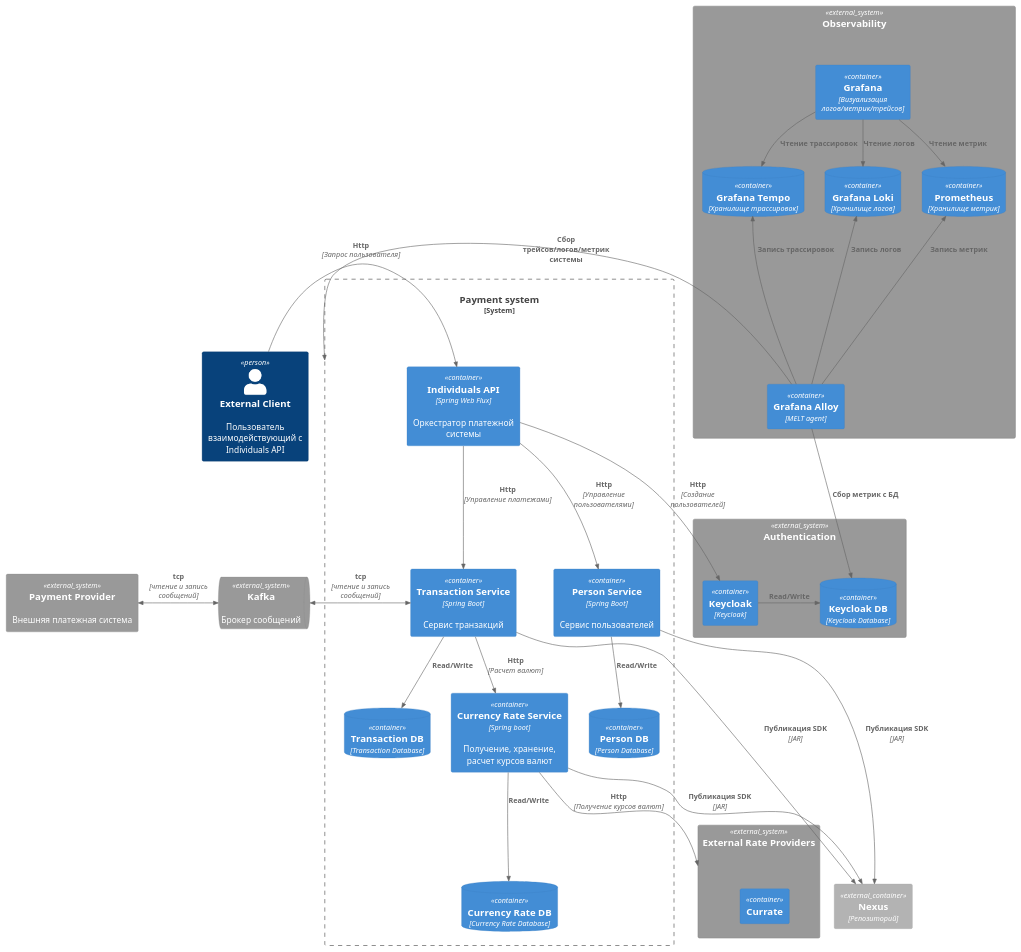
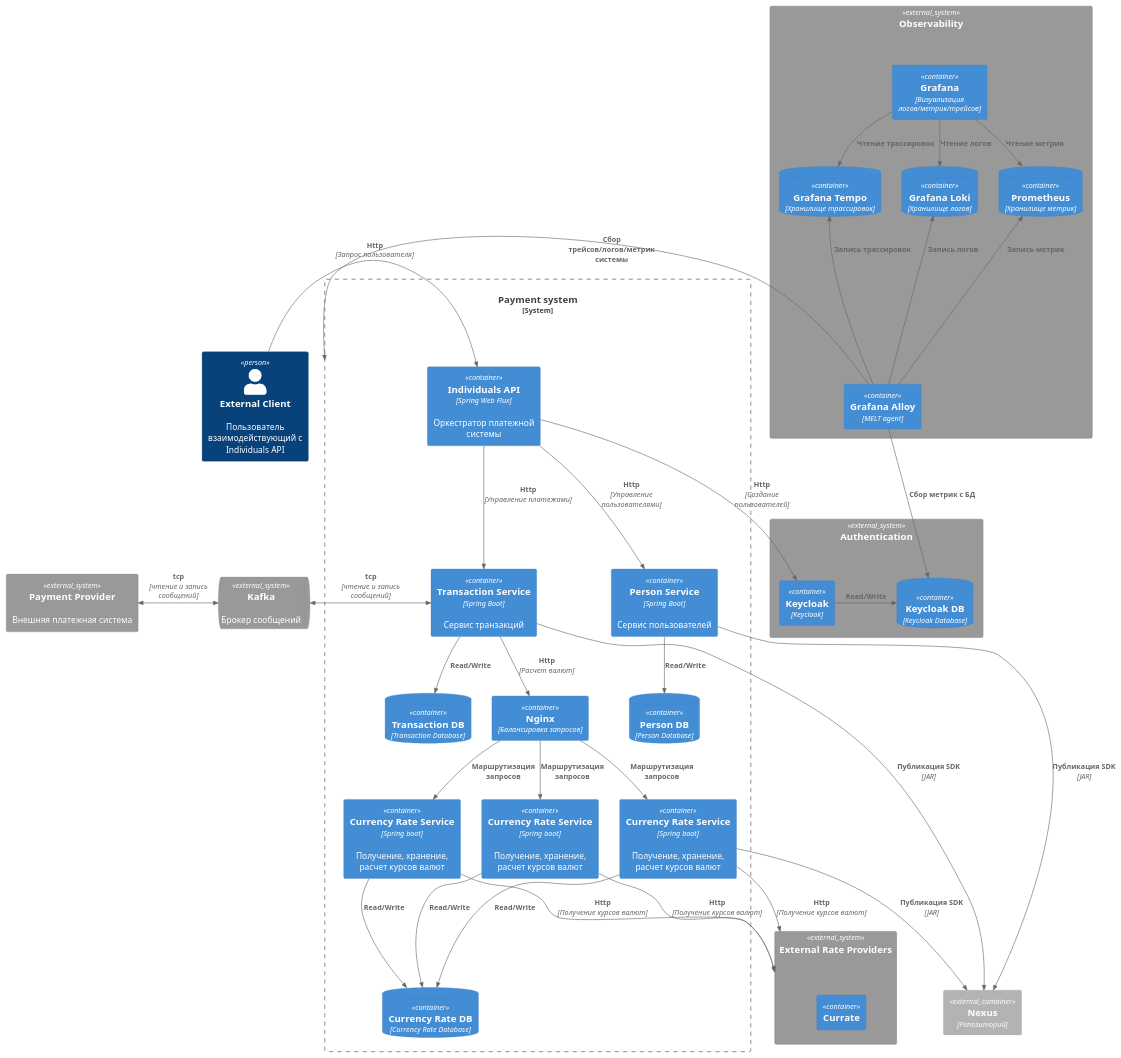
The diagram in diagram/container.puml (diamam90/payment-system), drawn with PlantUML before and after one commit. The commit also changed 32 other files, not shown here.

```diff
--- a/diagram/container.puml
+++ b/diagram/container.puml
@@ -1,74 +1,85 @@
 @startuml
 !includeurl https://raw.githubusercontent.com/plantuml-stdlib/C4-PlantUML/master/C4_Container.puml
 
 Person(client, "External Client","Пользователь взаимодействующий с Individuals API")
 
 System_Boundary(payment, "Payment system") {
 
     Container(indApi, "Individuals API", "Spring Web Flux","Оркестратор платежной системы")
 
     Container(ps, "Person Service", "Spring Boot", "Сервис пользователей")
     ContainerDb(psDb, "Person DB", "Person Database")
 
     Container(ts, "Transaction Service", "Spring Boot", "Сервис транзакций")
     ContainerDb(tsDb, "Transaction DB", "Transaction Database")
-    Container(crs, "Currency Rate Service", "Spring boot", "Получение, хранение, расчет курсов валют")
+    Container(ngnx, "Nginx", "Балансировка запросов")
+    Container(crs1, "Currency Rate Service", "Spring boot", "Получение, хранение, расчет курсов валют")
+    Container(crs2, "Currency Rate Service", "Spring boot", "Получение, хранение, расчет курсов валют")
+    Container(crs3, "Currency Rate Service", "Spring boot", "Получение, хранение, расчет курсов валют")
+
     ContainerDb(crsDb, "Currency Rate DB", "Currency Rate Database")
 }
 
 System_Ext(auth, "Authentication"){
     Container(kc, "Keycloak", "Keycloak")
     ContainerDb(kcDb, "Keycloak DB", "Keycloak Database")
 }
 
 System_Ext(obs, "Observability") {
     Container(alloy, "Grafana Alloy", "MELT agent")
     Container(grafana,  "Grafana", "Визуализация логов/метрик/трейсов")
     ContainerDb(prometheus, "Prometheus", "Хранилище метрик")
     ContainerDb(loki, "Grafana Loki", "Хранилище логов")
     ContainerDb(tempo, "Grafana Tempo","Хранилище трассировок")
 }
 
 System_Ext(rateProvider, "External Rate Providers") {
     Container(currate, "Currate")
 }
 
 System_Ext(paymentProvider, "Payment Provider", "Внешняя платежная система")
 
 Container_Ext(nexus,"Nexus","Репозиторий")
 
 SystemQueue_Ext(kafka, "Kafka", "Брокер сообщений")
 
 Rel_R(client, indApi,"Http","Запрос пользователя")
 
 Rel_D(indApi, ps,"Http", "Управление пользователями")
 Rel_D(ps,psDb, "Read/Write")
-Rel_D(ts,crs, "Http","Расчет валют")
-Rel_D(crs, crsDb, "Read/Write")
-Rel(crs, rateProvider, "Http","Получение курсов валют")
+Rel_D(ts,ngnx, "Http","Расчет валют")
+Rel_D(ngnx, crs1, "Маршрутизация запросов")
+Rel_D(ngnx, crs2, "Маршрутизация запросов")
+Rel_D(ngnx, crs3, "Маршрутизация запросов")
+Rel_D(crs1, crsDb, "Read/Write")
+Rel_D(crs2, crsDb, "Read/Write")
+Rel_D(crs3, crsDb, "Read/Write")
+Rel(crs1, rateProvider, "Http","Получение курсов валют")
+Rel(crs2, rateProvider, "Http","Получение курсов валют")
+Rel(crs3, rateProvider, "Http","Получение курсов валют")
 
 Rel_D(indApi,ts,"Http","Управление платежами")
 Rel_D(ts,tsDb, "Read/Write")
 
 Rel(indApi, kc, "Http","Создание пользователей")
 Rel_R(kc,kcDb,"Read/Write")
 
 BiRel_L(ts,kafka,"tcp","чтение и запись сообщений")
 BiRel_L(kafka,paymentProvider,"tcp", "чтение и запись сообщений")
 
 Rel_D(grafana, prometheus,"Чтение метрик")
 Rel_D(grafana, loki,"Чтение логов")
 Rel_D(grafana, tempo,"Чтение трассировок")
 
 Rel_U(alloy, prometheus, "Запись метрик")
 Rel_U(alloy, loki, "Запись логов")
 Rel_U(alloy, tempo, "Запись трассировок")
 
 Rel_L(alloy, payment,"Сбор трейсов/логов/метрик системы")
 Rel(alloy, kcDb, "Сбор метрик с БД")
 
 Rel(ps, nexus, "Публикация SDK","JAR")
 Rel(ts, nexus, "Публикация SDK","JAR")
-Rel(crs, nexus, "Публикация SDK","JAR")
+Rel(crs3, nexus, "Публикация SDK","JAR")
 
 @enduml
```
